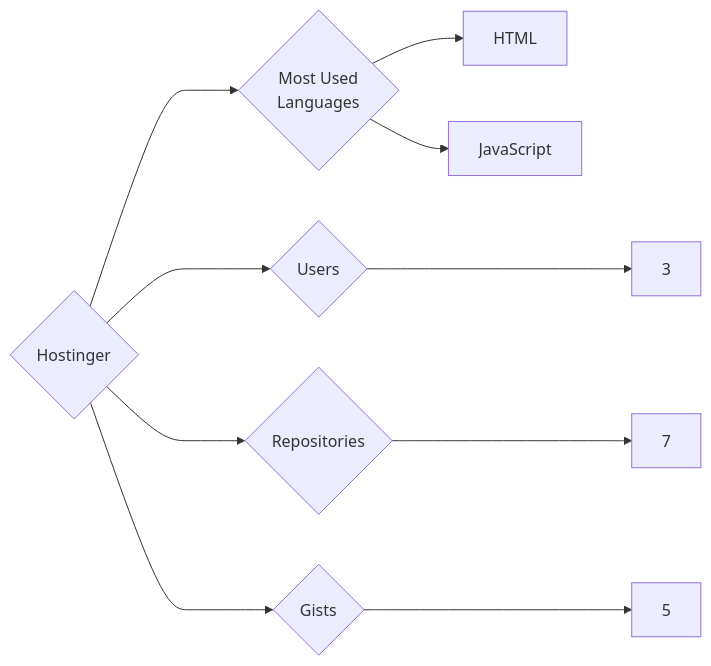
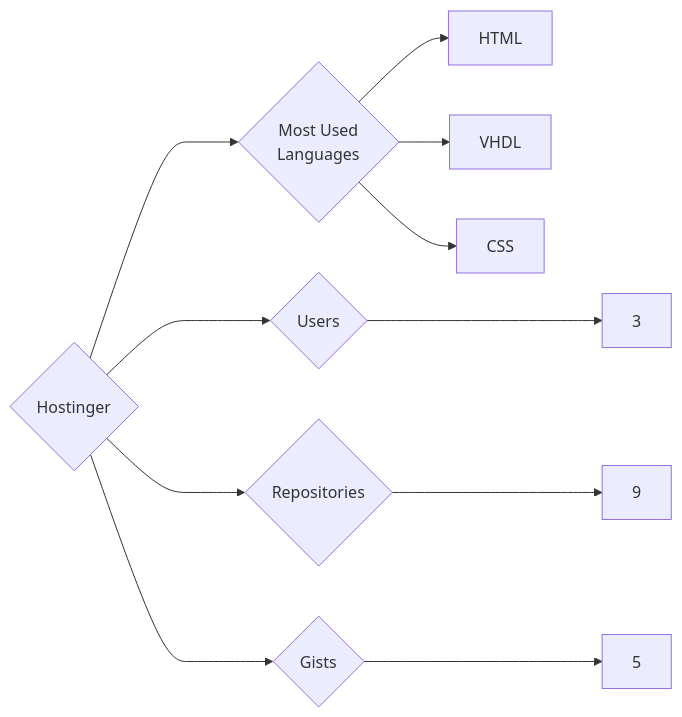
One commit to trickest/insiders changed the diagram in targets/Hostinger/README.md. Above: the diagram before and after it, drawn with Mermaid. The commit also changed 1092 other files, not shown here.

````diff
--- a/targets/Hostinger/README.md
+++ b/targets/Hostinger/README.md
@@ -3,10 +3,11 @@
 ```mermaid
 graph LR
 COMPANY_NAME{Hostinger}
 COMPANY_NAME ---> U{Users} ---> UN[3]
-COMPANY_NAME ---> R{Repositories} ---> RN[7]
+COMPANY_NAME ---> R{Repositories} ---> RN[9]
 COMPANY_NAME ---> G{Gists} ---> GN[5]
 COMPANY_NAME ---> ML{Most Used<br>Languages}
 ML --> HTML[HTML]
-ML --> JavaScript[JavaScript]
+ML --> VHDL[VHDL]
+ML --> CSS[CSS]
 ```
````
